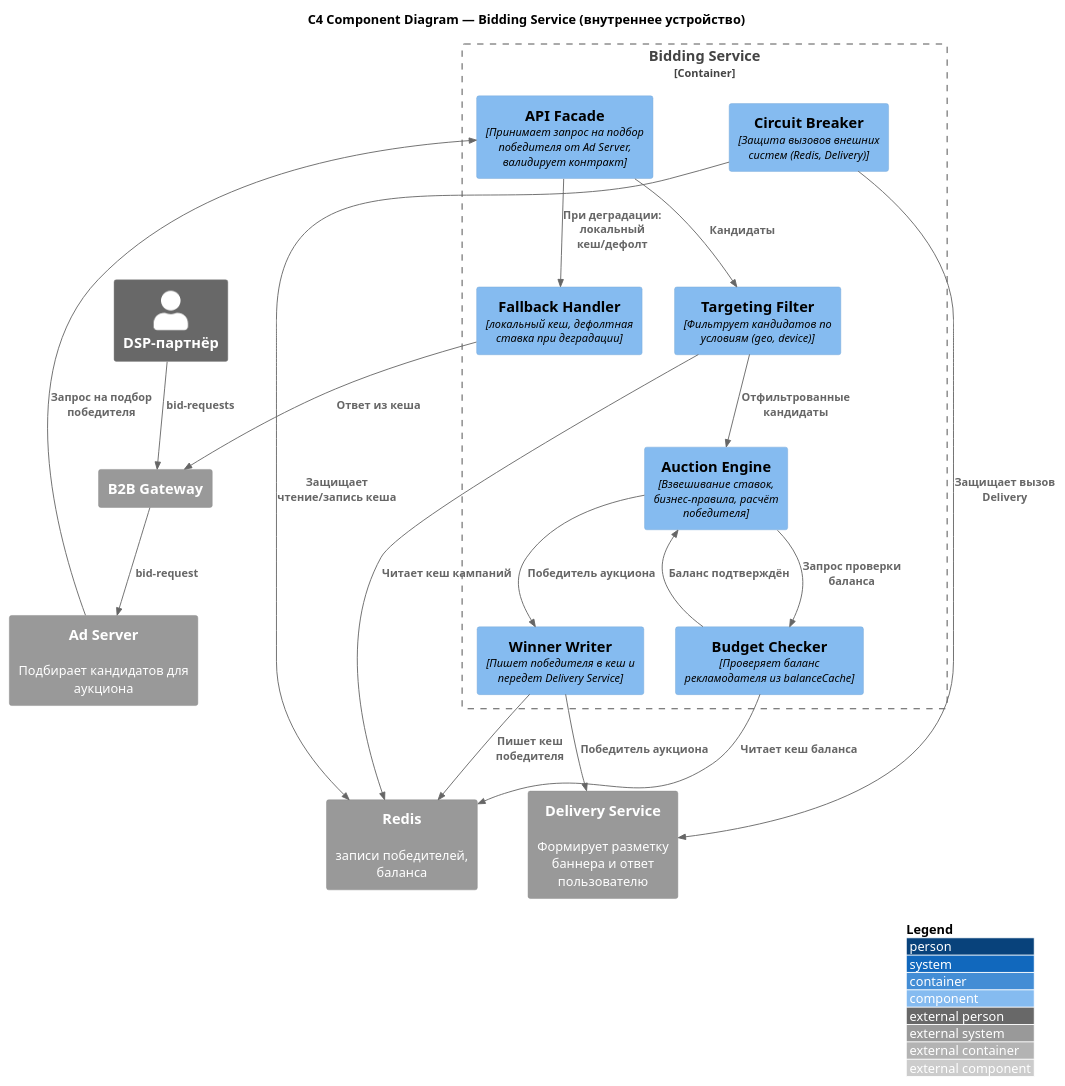
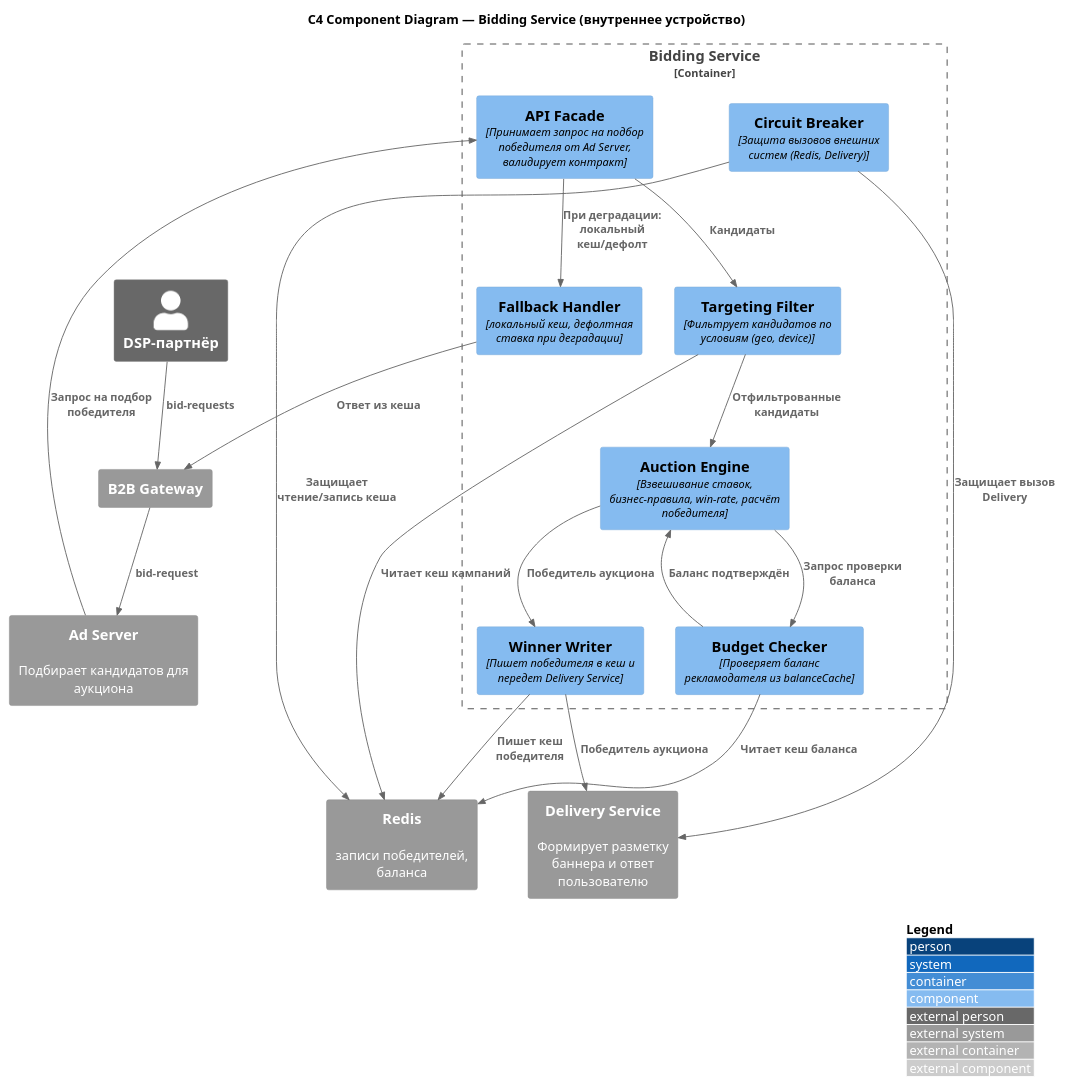
Before and after one commit to plushazavr/Solution-AdScale: the diagram in task-2/diagrams/to-be-c4-component.puml, drawn with PlantUML. The commit also changed 8 other files, not shown here.

```diff
--- a/task-2/diagrams/to-be-c4-component.puml
+++ b/task-2/diagrams/to-be-c4-component.puml
@@ -1,57 +1,57 @@
 @startuml
 
 !include https://raw.githubusercontent.com/plantuml-stdlib/C4-PlantUML/master/C4_Component.puml
 
 LAYOUT_WITH_LEGEND()
 
 title C4 Component Diagram — Bidding Service (внутреннее устройство)
 
 Person_Ext(dspPartner, "DSP-партнёр")
 
 System_Ext(b2bGateway, "B2B Gateway")
 System_Ext(adServer, "Ad Server", "Подбирает кандидатов для аукциона")
 System_Ext(deliveryService, "Delivery Service", "Формирует разметку баннера и ответ пользователю")
 
 System_Ext(redis, "Redis", "записи победителей, баланса")
 
 Container_Boundary(biddingService, "Bidding Service") {
 
   Component(apiFacade, "API Facade", "Принимает запрос на подбор победителя от Ad Server, валидирует контракт")
 
   Component(targetingFilter, "Targeting Filter", "Фильтрует кандидатов по условиям (geo, device)")
 
-  Component(auctionEngine, "Auction Engine", "Взвешивание ставок, бизнес-правила, расчёт победителя")
+  Component(auctionEngine, "Auction Engine", "Взвешивание ставок, бизнес-правила, win-rate, расчёт победителя")
 
   Component(budgetChecker, "Budget Checker", "Проверяет баланс рекламодателя из balanceCache")
 
   Component(winnerWriter, "Winner Writer", "Пишет победителя в кеш и передет Delivery Service")
 
   Component(fallbackHandler, "Fallback Handler", "локальный кеш, дефолтная ставка при деградации")
 
   Component(circuitBreaker, "Circuit Breaker", "Защита вызовов внешних систем (Redis, Delivery)")
 
 }
 
 Rel(dspPartner, b2bGateway, "bid-requests")
 Rel(b2bGateway, adServer, "bid-request")
 Rel(adServer, apiFacade, "Запрос на подбор победителя")
 
 Rel(apiFacade, targetingFilter, "Кандидаты")
 Rel(targetingFilter, auctionEngine, "Отфильтрованные кандидаты")
 Rel(auctionEngine, budgetChecker, "Запрос проверки баланса")
 Rel(budgetChecker, auctionEngine, "Баланс подтверждён")
 Rel(auctionEngine, winnerWriter, "Победитель аукциона")
 Rel(winnerWriter, deliveryService, "Победитель аукциона")
 
 Rel(targetingFilter, redis, "Читает кеш кампаний")
 Rel(budgetChecker, redis, "Читает кеш баланса")
 Rel(winnerWriter, redis, "Пишет кеш победителя")
 
 Rel(circuitBreaker, redis, "Защищает чтение/запись кеша")
 Rel(circuitBreaker, deliveryService, "Защищает вызов Delivery")
 
 Rel(apiFacade, fallbackHandler, "При деградации: локальный кеш/дефолт")
 Rel(fallbackHandler, b2bGateway, "Ответ из кеша")
 
 
 @enduml
```
